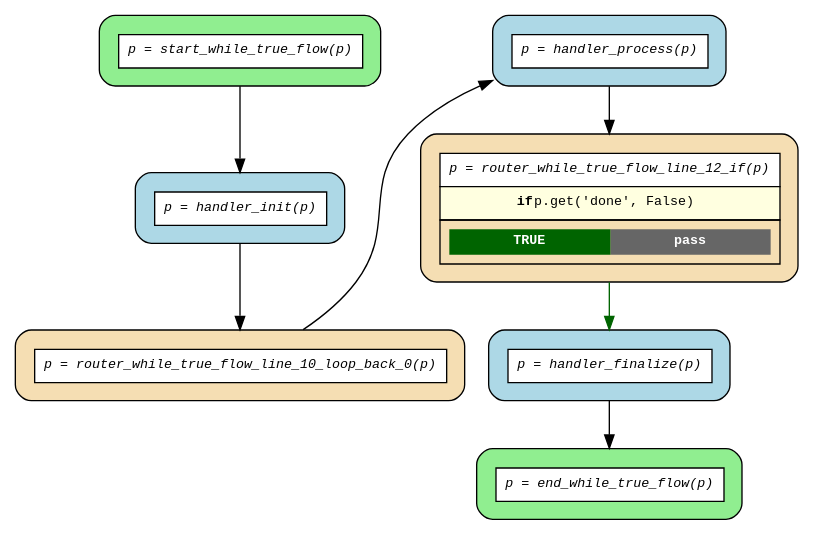
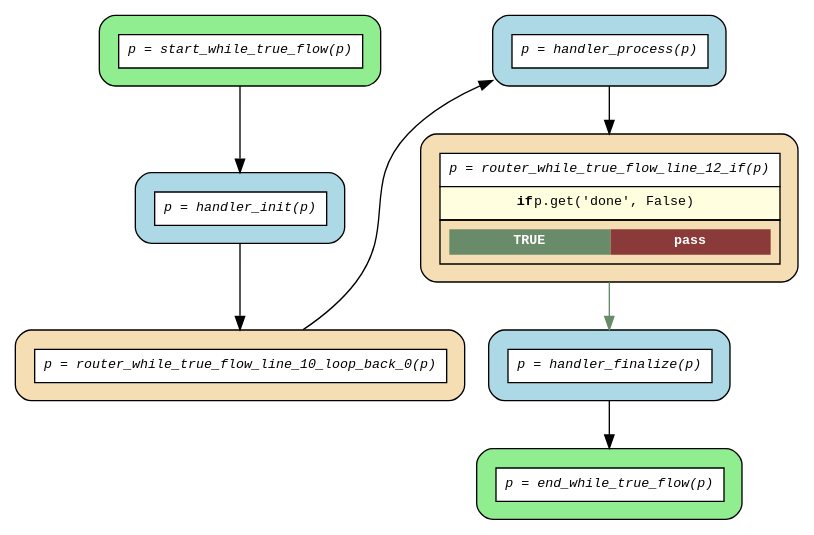
One commit to deliveryhero/asya changed the diagram in examples/flows/compiled/while_true_simple/flow.dot. Above: the diagram before and after it, drawn with Graphviz. The commit also changed 59 other files, not shown here.

```diff
--- a/examples/flows/compiled/while_true_simple/flow.dot
+++ b/examples/flows/compiled/while_true_simple/flow.dot
@@ -1,21 +1,21 @@
 digraph flow {
   rankdir=TB;
   graph [fontname="Courier", fontsize=10];
   node [fontname="Courier", fontsize=10, shape=box, style="filled,rounded", margin="0.2"];
   edge [fontname="Courier", fontsize=10];
 
   start_while_true_flow [fillcolor="lightgreen", label=<<table border="0" cellspacing="0" cellpadding="6" cellborder="1"><tr><td bgcolor="white" align="center"><i>p = start_while_true_flow(p)</i></td></tr></table>>];
-  router_while_true_flow_line_12_if [fillcolor="wheat", label=<<table border="0" cellspacing="0" cellpadding="6" cellborder="1"><tr><td bgcolor="white" align="center"><i>p = router_while_true_flow_line_12_if(p)</i></td></tr><tr><td bgcolor="lightyellow"><b>if</b> p.get('done', False)</td></tr><tr><td><table border="0" cellspacing="0" cellpadding="4"><tr><td bgcolor="darkgreen"><font color="white"><b>TRUE</b></font></td><td bgcolor="gray40"><font color="white"><b>pass</b></font></td></tr></table></td></tr></table>>];
+  router_while_true_flow_line_12_if [fillcolor="wheat", label=<<table border="0" cellspacing="0" cellpadding="6" cellborder="1"><tr><td bgcolor="white" align="center"><i>p = router_while_true_flow_line_12_if(p)</i></td></tr><tr><td bgcolor="lightyellow"><b>if</b> p.get('done', False)</td></tr><tr><td><table border="0" cellspacing="0" cellpadding="4"><tr><td bgcolor="darkseagreen4"><font color="white"><b>TRUE</b></font></td><td bgcolor="indianred4"><font color="white"><b>pass</b></font></td></tr></table></td></tr></table>>];
   router_while_true_flow_line_10_loop_back_0 [fillcolor="wheat", label=<<table border="0" cellspacing="0" cellpadding="6" cellborder="1"><tr><td bgcolor="white" align="center"><i>p = router_while_true_flow_line_10_loop_back_0(p)</i></td></tr></table>>];
   end_while_true_flow [fillcolor="lightgreen", label=<<table border="0" cellspacing="0" cellpadding="6" cellborder="1"><tr><td bgcolor="white" align="center"><i>p = end_while_true_flow(p)</i></td></tr></table>>];
   handler_finalize [fillcolor="lightblue", label=<<table border="0" cellspacing="0" cellpadding="6" cellborder="1"><tr><td bgcolor="white" align="center"><i>p = handler_finalize(p)</i></td></tr></table>>];
   handler_init [fillcolor="lightblue", label=<<table border="0" cellspacing="0" cellpadding="6" cellborder="1"><tr><td bgcolor="white" align="center"><i>p = handler_init(p)</i></td></tr></table>>];
   handler_process [fillcolor="lightblue", label=<<table border="0" cellspacing="0" cellpadding="6" cellborder="1"><tr><td bgcolor="white" align="center"><i>p = handler_process(p)</i></td></tr></table>>];
 
   handler_finalize -> end_while_true_flow;
   handler_init -> router_while_true_flow_line_10_loop_back_0;
   handler_process -> router_while_true_flow_line_12_if;
   router_while_true_flow_line_10_loop_back_0 -> handler_process [constraint=false];
-  router_while_true_flow_line_12_if -> handler_finalize [color=darkgreen];
+  router_while_true_flow_line_12_if -> handler_finalize [color=darkseagreen4];
   start_while_true_flow -> handler_init;
 }
```
